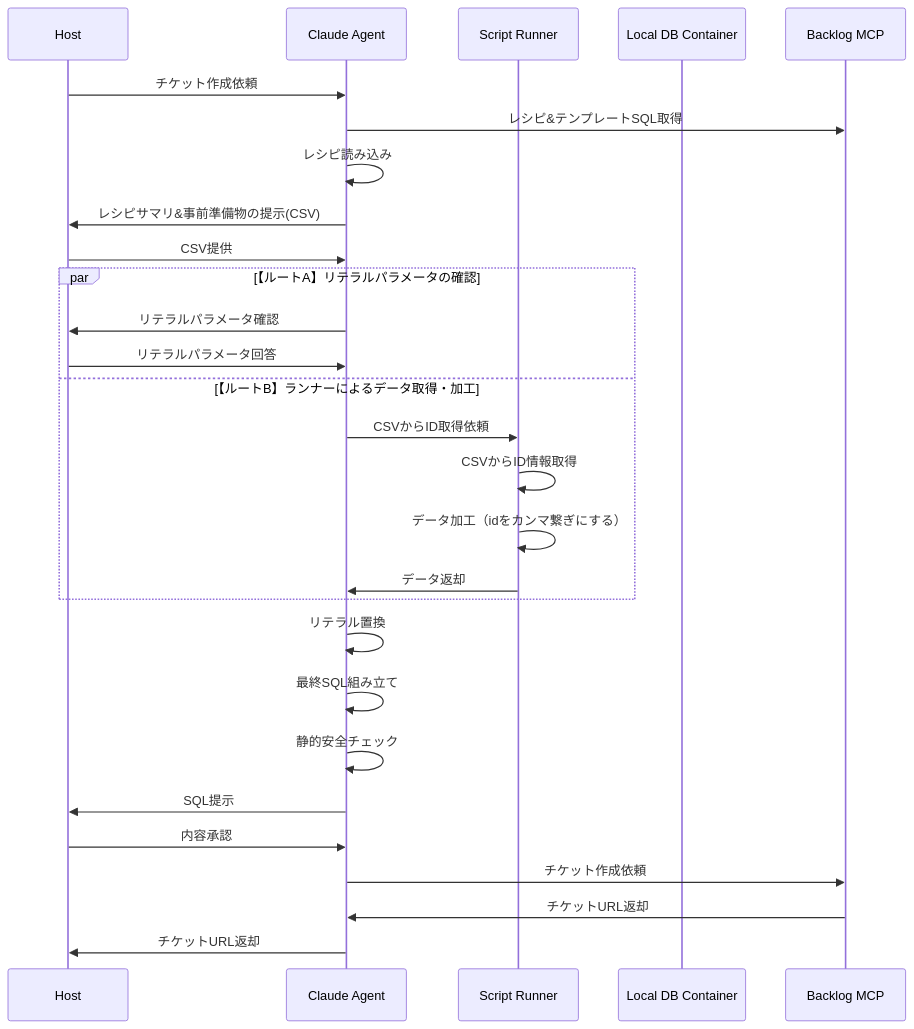
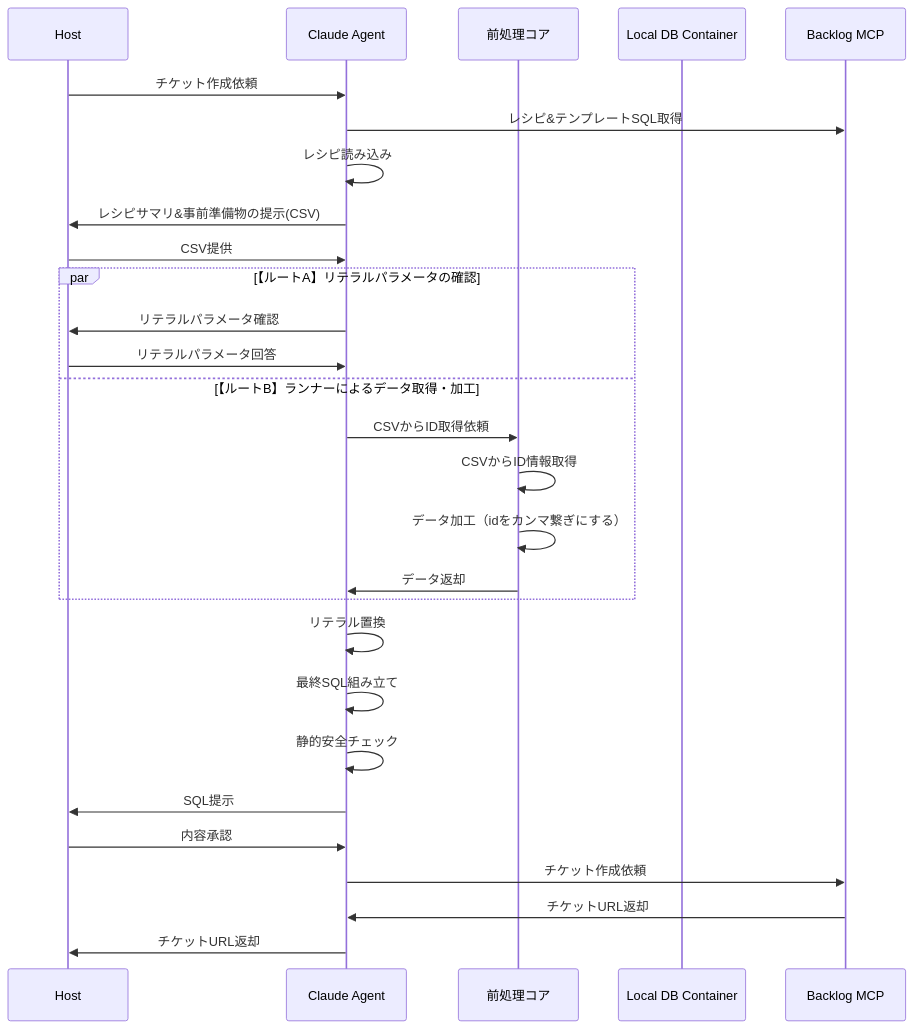
Before and after one commit to r-miyashita/ops-recipe-runner: the second of 3 diagrams in doc/operation-pattern-example.md, drawn with Mermaid. The commit also changed other lines of this file and 24 other files, not shown here.

````diff
--- a/doc/operation-pattern-example.md
+++ b/doc/operation-pattern-example.md
@@ -180,37 +180,37 @@
 ```mermaid
 sequenceDiagram
     participant host as Host
     participant agent as Claude Agent
-    participant runner as Script Runner
+    participant runner as 前処理コア
     participant mysql as Local DB Container
     participant bMcp as Backlog MCP
 
     %% --- 事前準備（直列処理） ---
     host->>agent: チケット作成依頼
     agent->>bMcp: レシピ&テンプレートSQL取得
     agent->>agent: レシピ読み込み
     agent->>host: レシピサマリ&事前準備物の提示(CSV)
     host->>agent: CSV提供
 
     %% --- 独立した手続き（並列処理） ---
     par 【ルートA】リテラルパラメータの確認
         agent->>host: リテラルパラメータ確認
         host->>agent: リテラルパラメータ回答
     and 【ルートB】ランナーによるデータ取得・加工
         agent->>runner: CSVからID取得依頼
         runner->>runner: CSVからID情報取得
         runner->>runner: データ加工（idをカンマ繋ぎにする）
         runner->>agent: データ返却
     end
 
     %% --- 最終処理（直列処理に戻る） ---
     agent->>agent: リテラル置換
     agent->>agent: 最終SQL組み立て
     agent->>agent: 静的安全チェック
     agent->>host: SQL提示
     host->>agent: 内容承認
     agent->>bMcp: チケット作成依頼
     bMcp->>agent: チケットURL返却
     agent->>host: チケットURL返却
 
 ```
````
